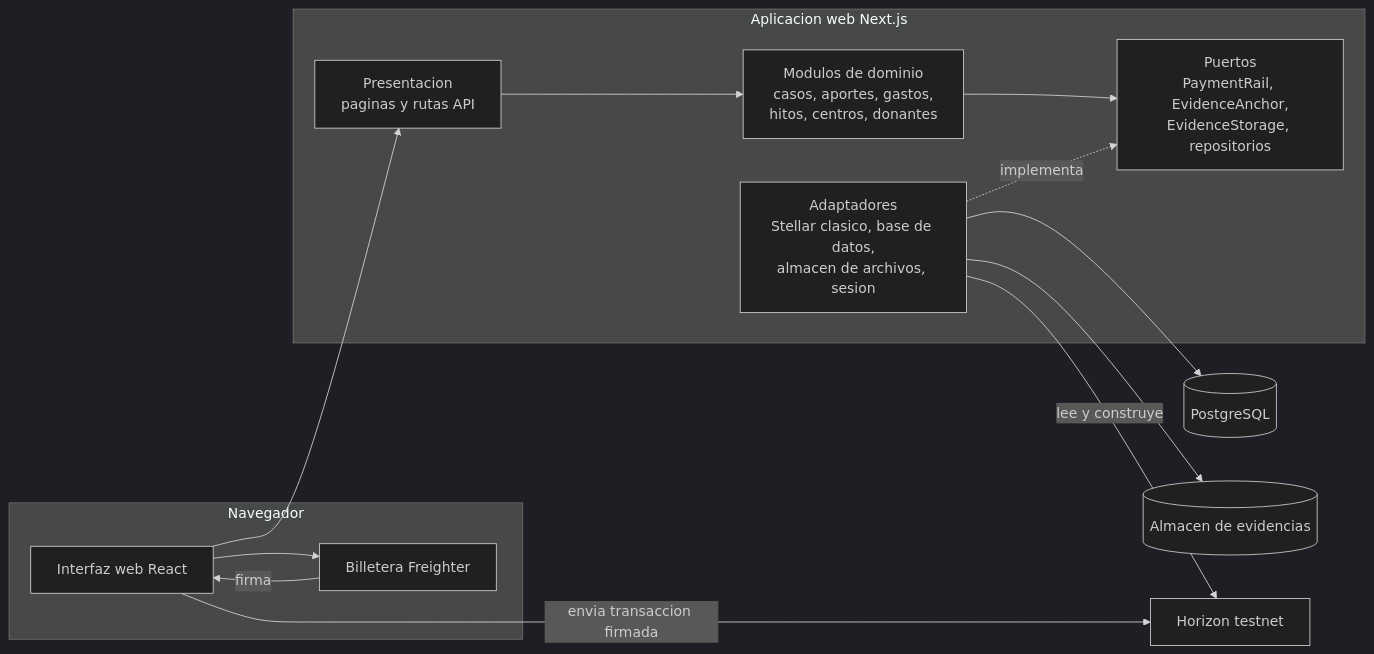
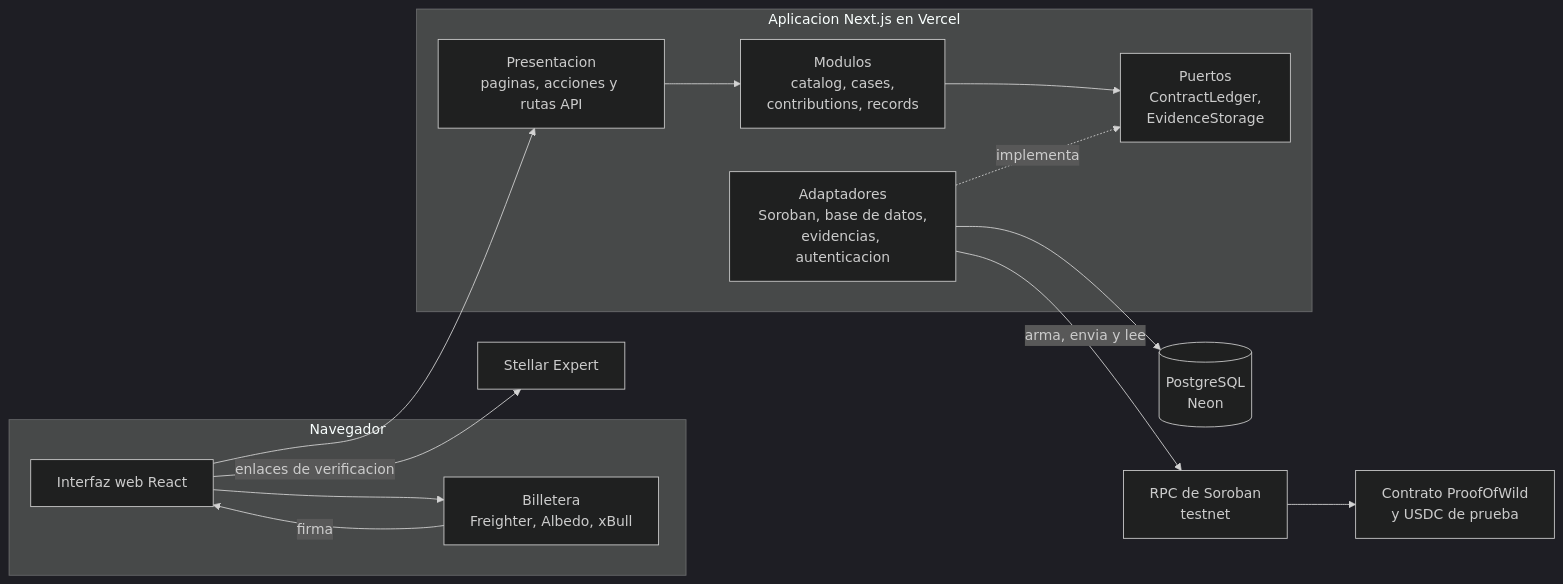
One commit to Javeriana-Blockchain/2026-II-proof-of-wild changed the first of 5 diagrams in docs/arquitectura/arquitectura.md. Above: the diagram before and after it, drawn with Mermaid (dark theme). The commit also changed other lines of this file and 2 other files, not shown here.

````diff
--- a/docs/arquitectura/arquitectura.md
+++ b/docs/arquitectura/arquitectura.md
@@ -127,26 +140,27 @@
 ```mermaid
 flowchart LR
   subgraph NAV["Navegador"]
     UI["Interfaz web React"]
-    WAL["Billetera Freighter"]
+    WAL["Billetera<br/>Freighter, Albedo, xBull"]
   end
-  subgraph APP["Aplicacion web Next.js"]
-    PRES["Presentacion<br/>paginas y rutas API"]
-    MOD["Modulos de dominio<br/>casos, aportes, gastos,<br/>hitos, centros, donantes"]
-    PORTS["Puertos<br/>PaymentRail, EvidenceAnchor,<br/>EvidenceStorage, repositorios"]
-    ADP["Adaptadores<br/>Stellar clasico, base de datos,<br/>almacen de archivos, sesion"]
+  subgraph APP["Aplicacion Next.js en Vercel"]
+    PRES["Presentacion<br/>paginas, acciones y rutas API"]
+    MOD["Modulos<br/>catalog, cases,<br/>contributions, records"]
+    PORTS["Puertos<br/>ContractLedger,<br/>EvidenceStorage"]
+    ADP["Adaptadores<br/>Soroban, base de datos,<br/>evidencias, autenticacion"]
   end
-  PG[("PostgreSQL")]
-  OBJ[("Almacen de evidencias")]
-  HZ["Horizon testnet"]
+  PG[("PostgreSQL<br/>Neon")]
+  RPC["RPC de Soroban<br/>testnet"]
+  SC["Contrato ProofOfWild<br/>y USDC de prueba"]
+  EX["Stellar Expert"]
   UI --> PRES
   UI --> WAL
   WAL -->|firma| UI
-  UI -->|envia transaccion firmada| HZ
   PRES --> MOD
   MOD --> PORTS
   ADP -.implementa.-> PORTS
   ADP --> PG
-  ADP --> OBJ
-  ADP -->|lee y construye| HZ
+  ADP -->|arma, envia y lee| RPC
+  RPC --> SC
+  UI -->|enlaces de verificacion| EX
 ```
````
